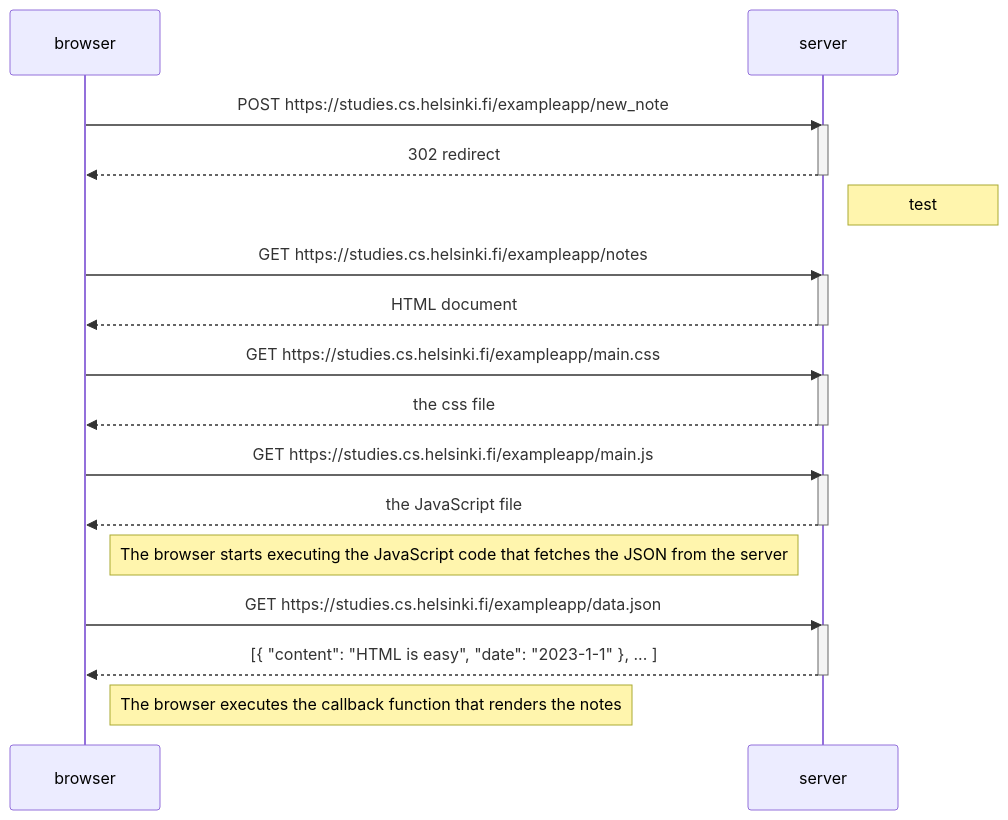
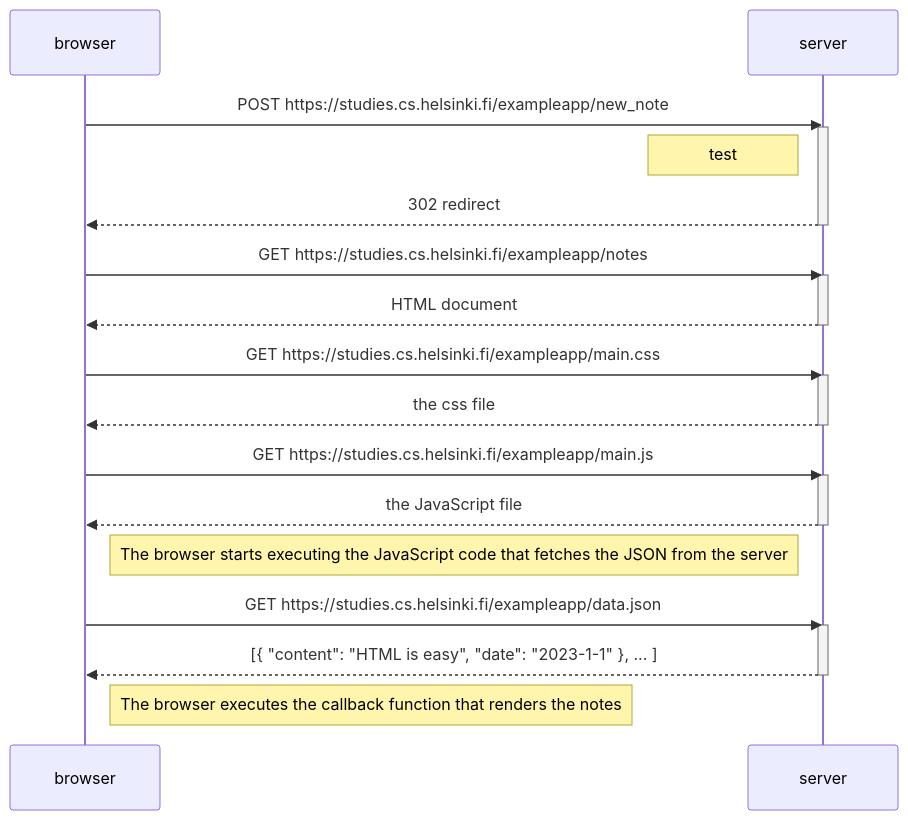
One commit to Dallair220/part0 changed the diagram in README.md. Above: the diagram before and after it, drawn with Mermaid.

````diff
--- a/README.md
+++ b/README.md
@@ -6,36 +6,35 @@
 ```mermaid
 sequenceDiagram
     participant browser
     participant server
 
     browser->>server: POST https://studies.cs.helsinki.fi/exampleapp/new_note
     activate server
+    Note left of server: test
     server-->>browser: 302 redirect
     deactivate server
-
-    Note right of server: test
 
     browser->>server: GET https://studies.cs.helsinki.fi/exampleapp/notes
     activate server
     server-->>browser: HTML document
     deactivate server
 
     browser->>server: GET https://studies.cs.helsinki.fi/exampleapp/main.css
     activate server
     server-->>browser: the css file
     deactivate server
 
     browser->>server: GET https://studies.cs.helsinki.fi/exampleapp/main.js
     activate server
     server-->>browser: the JavaScript file
     deactivate server
 
     Note right of browser: The browser starts executing the JavaScript code that fetches the JSON from the server
 
     browser->>server: GET https://studies.cs.helsinki.fi/exampleapp/data.json
     activate server
     server-->>browser: [{ "content": "HTML is easy", "date": "2023-1-1" }, ... ]
     deactivate server
 
     Note right of browser: The browser executes the callback function that renders the notes
 ```
````
